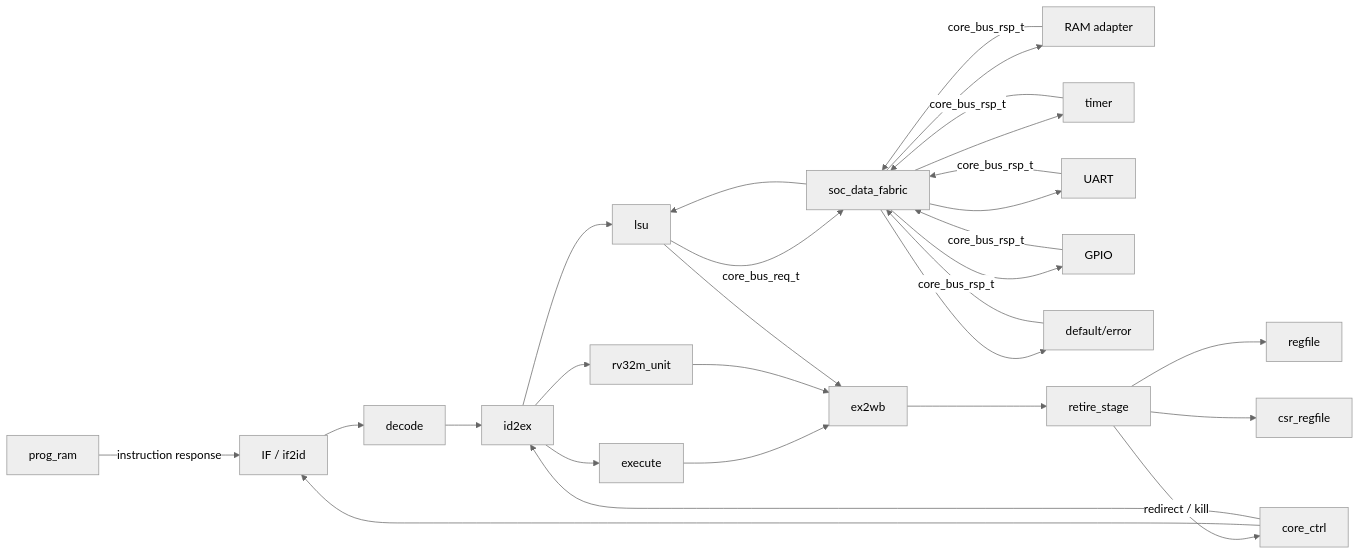
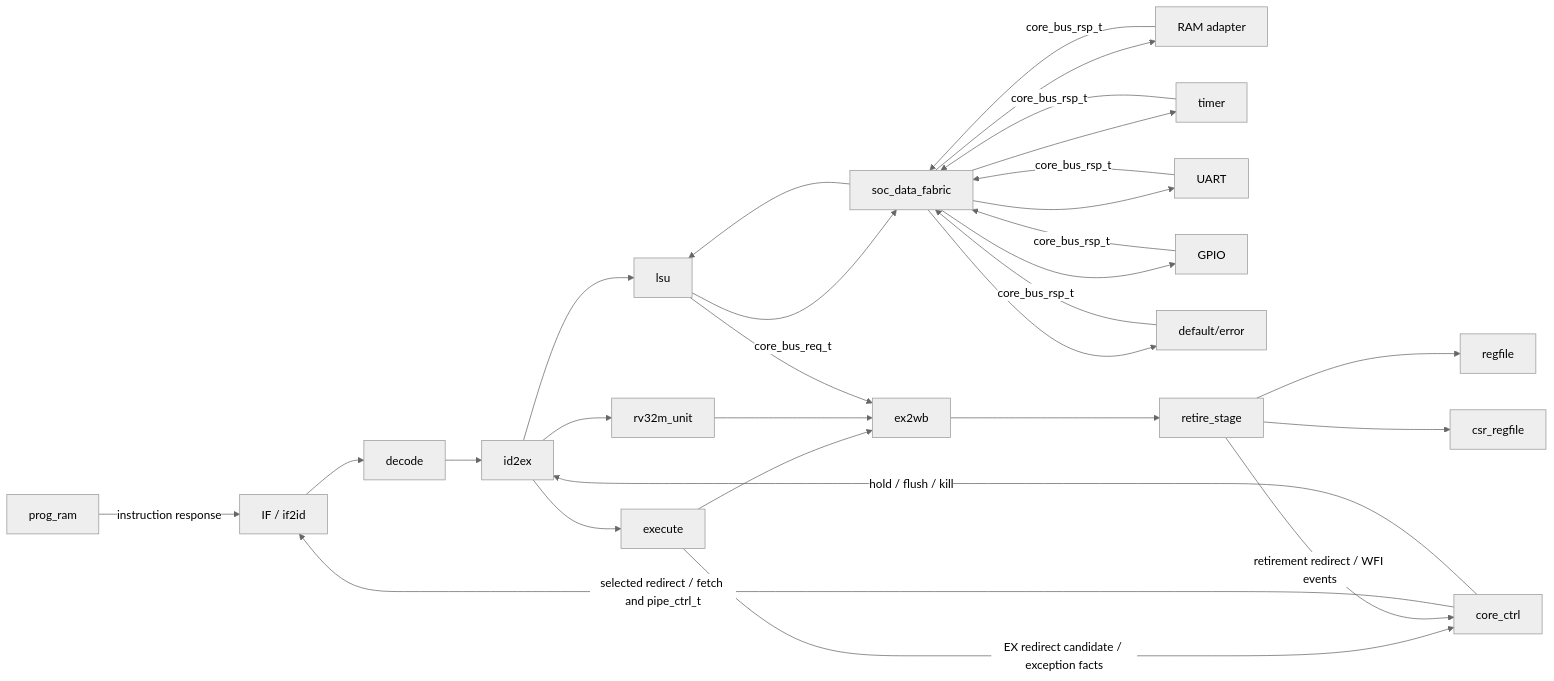
One commit to HeTPort/Rsicv-soc changed the third of 3 diagrams in doc/MODULE_DEPENDENCY_VIEW.md. Above: the diagram before and after it, drawn with Mermaid (neutral theme). The commit also changed other lines of this file and 71 other files, not shown here.

````diff
--- a/doc/MODULE_DEPENDENCY_VIEW.md
+++ b/doc/MODULE_DEPENDENCY_VIEW.md
@@ -64,29 +64,30 @@
 ```mermaid
 flowchart LR
   PRAM["prog_ram"] -->|instruction response| IF["IF / if2id"]
   IF --> DEC["decode"] --> IDEX["id2ex"]
   IDEX --> EX["execute"]
   IDEX --> M["rv32m_unit"]
   IDEX --> LSU["lsu"]
   LSU -->|core_bus_req_t| FAB["soc_data_fabric"]
   FAB --> RAM["RAM adapter"]
   FAB --> TIMER["timer"]
   FAB --> UART["UART"]
   FAB --> GPIO["GPIO"]
   FAB --> DEF["default/error"]
   RAM -->|core_bus_rsp_t| FAB
   TIMER -->|core_bus_rsp_t| FAB
   UART -->|core_bus_rsp_t| FAB
   GPIO -->|core_bus_rsp_t| FAB
   DEF -->|core_bus_rsp_t| FAB
   FAB --> LSU
   EX --> EXWB["ex2wb"]
   M --> EXWB
   LSU --> EXWB
   EXWB --> RET["retire_stage"]
   RET --> RF["regfile"]
   RET --> CSR["csr_regfile"]
-  RET -->|redirect / kill| CTRL["core_ctrl"]
-  CTRL --> IF
-  CTRL --> IDEX
+  EX -->|EX redirect candidate / exception facts| CTRL["core_ctrl"]
+  RET -->|retirement redirect / WFI events| CTRL
+  CTRL -->|selected redirect / fetch and pipe_ctrl_t| IF
+  CTRL -->|hold / flush / kill| IDEX
 ```
````
